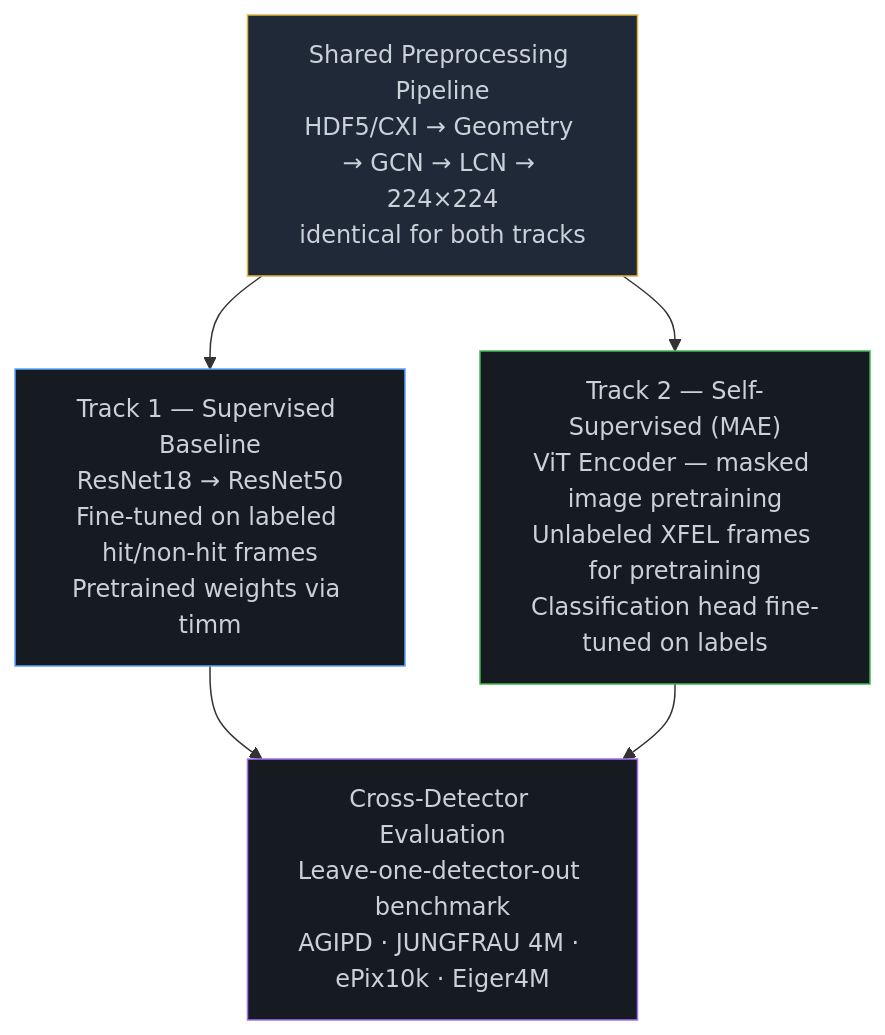
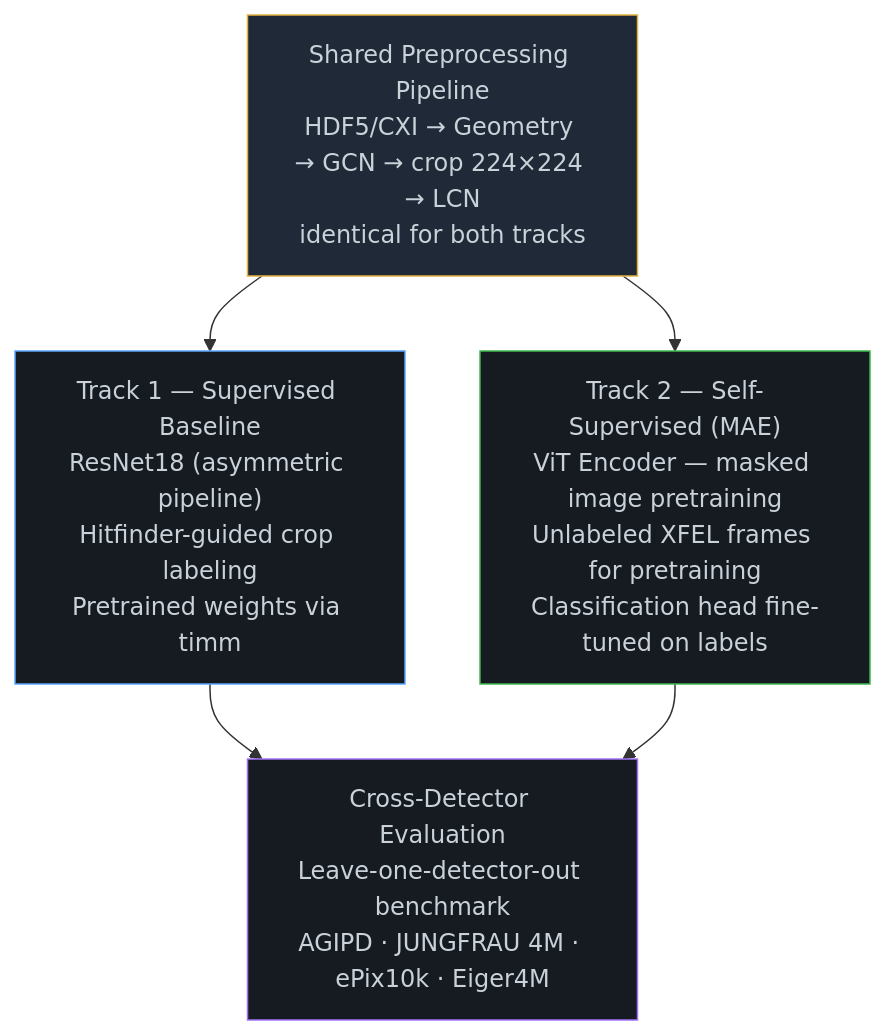
One commit to gihankaushyal/Hit_finder changed the second of 2 diagrams in README.md. Above: the diagram before and after it, drawn with Mermaid. The commit also changed other lines of this file, not shown here.

Commit message:
docs(readme): fix two-track diagram — crop not resize, update Track 1 description

````diff
--- a/README.md
+++ b/README.md
@@ -71,15 +71,15 @@
 ```mermaid
 flowchart TD
-    PP["Shared Preprocessing Pipeline\nHDF5/CXI → Geometry → GCN → LCN → 224×224\nidentical for both tracks"]
+    PP["Shared Preprocessing Pipeline\nHDF5/CXI → Geometry → GCN → crop 224×224 → LCN\nidentical for both tracks"]
 
-    PP --> T1["Track 1 — Supervised Baseline\nResNet18 → ResNet50\nFine-tuned on labeled hit/non-hit frames\nPretrained weights via timm"]
+    PP --> T1["Track 1 — Supervised Baseline\nResNet18 (asymmetric pipeline)\nHitfinder-guided crop labeling\nPretrained weights via timm"]
     PP --> T2["Track 2 — Self-Supervised (MAE)\nViT Encoder — masked image pretraining\nUnlabeled XFEL frames for pretraining\nClassification head fine-tuned on labels"]
 
     T1 --> E["Cross-Detector Evaluation\nLeave-one-detector-out benchmark\nAGIPD · JUNGFRAU 4M · ePix10k · Eiger4M"]
     T2 --> E
 
     style PP fill:#1f2937,stroke:#e3b341,color:#c9d1d9
     style T1 fill:#161b22,stroke:#58a6ff,color:#c9d1d9
     style T2 fill:#161b22,stroke:#3fb950,color:#c9d1d9
     style E fill:#161b22,stroke:#a371f7,color:#c9d1d9
 ```
````
